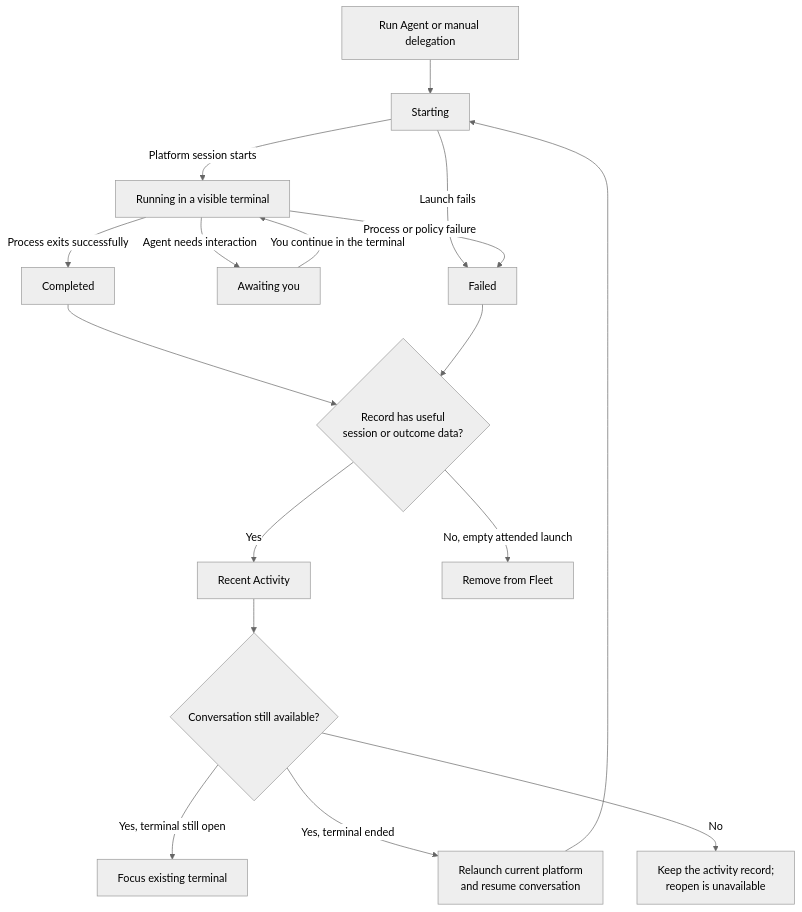
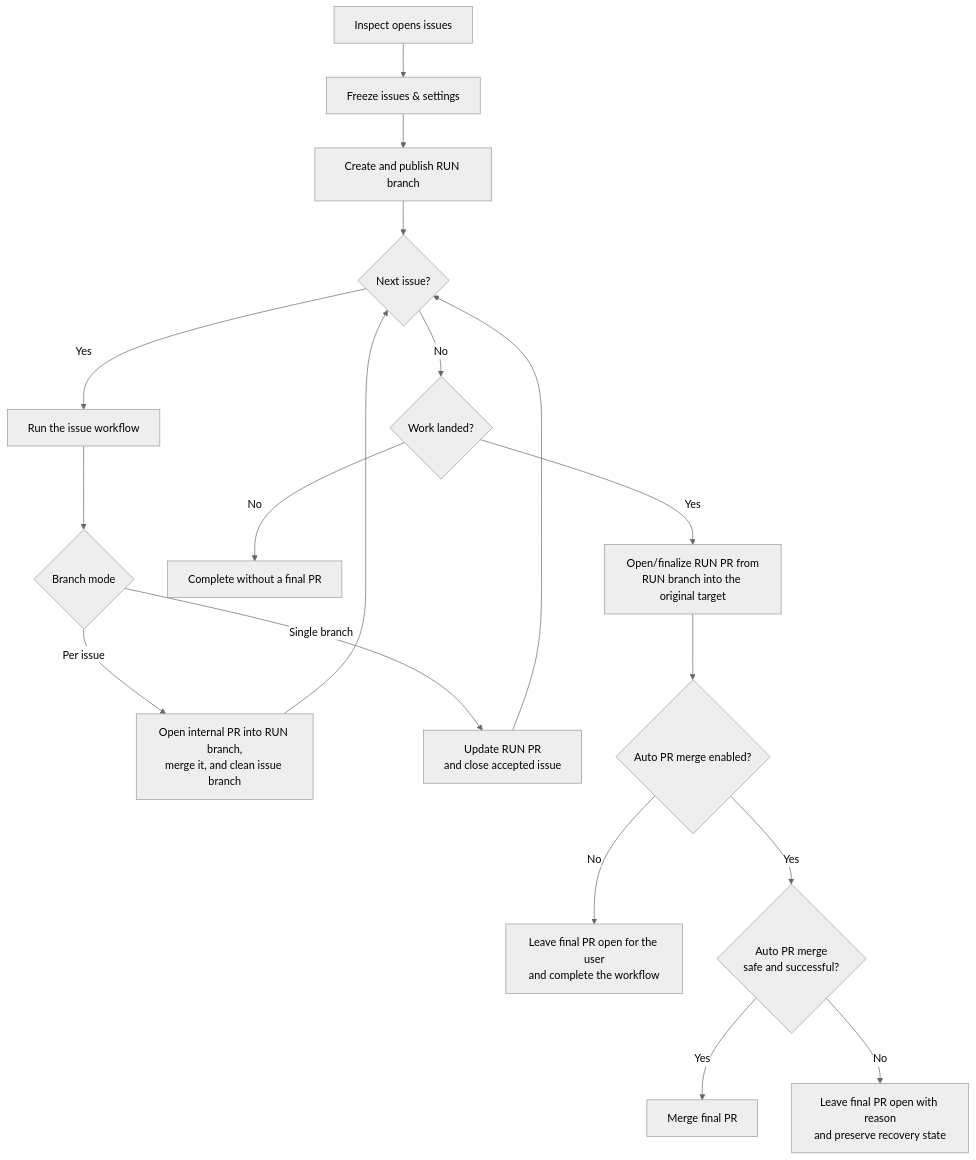
Before and after one commit to EmilienxD/harness: the first of 2 diagrams in apps/aboard/README.md, drawn with Mermaid (neutral theme). The commit also changed other lines of this file and 70 other files, not shown here.

````diff
--- a/apps/aboard/README.md
+++ b/apps/aboard/README.md
@@ -37,20 +31,21 @@
 ```mermaid
 flowchart TD
-    L[Run Agent or manual delegation] --> S[Starting]
-    S -->|Platform session starts| R[Running in a visible terminal]
-    S -->|Launch fails| F[Failed]
-    R -->|Agent needs interaction| W[Awaiting you]
-    W -->|You continue in the terminal| R
-    R -->|Process exits successfully| C[Completed]
-    R -->|Process or policy failure| F
-    C --> D{Record has useful<br/>session or outcome data?}
-    F --> D
-    D -->|Yes| A[Recent Activity]
-    D -->|No, empty attended launch| Z[Remove from Fleet]
+    PLAN[Inspect opens issues] --> START[Freeze issues & settings]
+    START --> SETUP[Create and publish RUN branch]
+    SETUP --> NEXT{Next issue?}
+    NEXT -->|Yes| EXPLORE[Run the issue workflow]
+    EXPLORE --> INTEGRATE{Branch mode}
+    INTEGRATE -->|Per issue| ISSUE[Open internal PR into RUN branch,<br/>merge it, and clean issue branch]
+    INTEGRATE -->|Single branch| SINGLE[Update RUN PR<br/>and close accepted issue]
+    ISSUE --> NEXT
+    SINGLE --> NEXT
 
-    A --> O{Conversation still available?}
-    O -->|Yes, terminal still open| FT[Focus existing terminal]
-    O -->|Yes, terminal ended| RL[Relaunch current platform<br/>and resume conversation]
-    O -->|No| NR[Keep the activity record;<br/>reopen is unavailable]
-    RL --> S
+    NEXT -->|No| LANDED{Work landed?}
+    LANDED -->|No| DONE[Complete without a final PR]
+    LANDED -->|Yes| FINALPR[Open/finalize RUN PR from<br/>RUN branch into the original target]
+    FINALPR --> AUTOMERGE{Auto PR merge enabled?}
+    AUTOMERGE -->|No| OPEN[Leave final PR open for the user<br/>and complete the workflow]
+    AUTOMERGE -->|Yes| SAFE{Auto PR merge<br/>safe and successful?}
+    SAFE -->|Yes| MERGED[Merge final PR]
+    SAFE -->|No| PARKED[Leave final PR open with reason<br/>and preserve recovery state]
 ```
````
